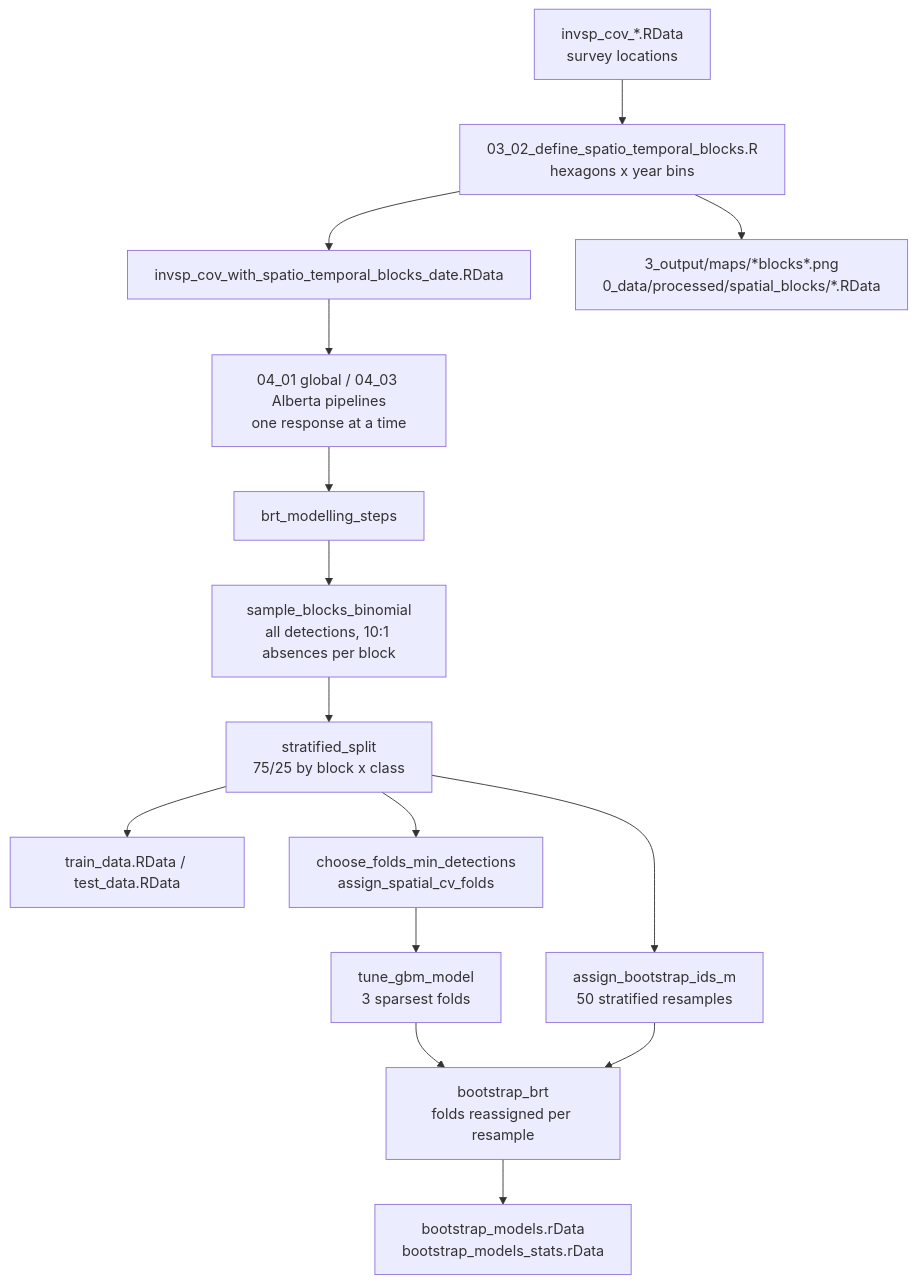
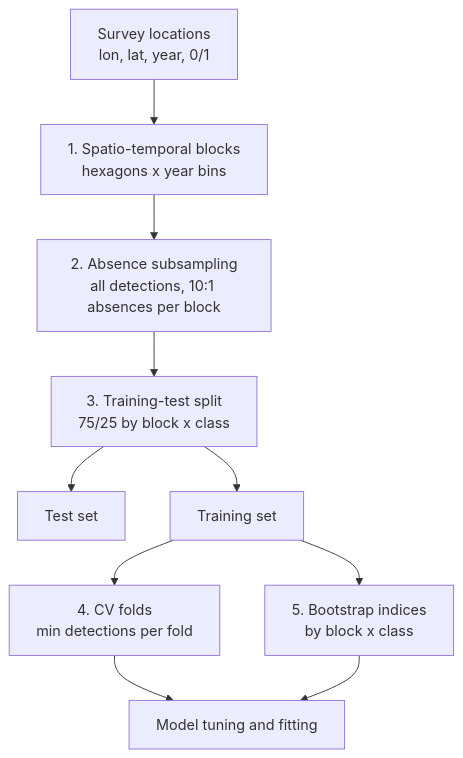
One commit to bgcasey/method_guides changed the diagram in vignettes/spatio_temporal_blocking/spatio_temporal_blocking.md. Above: the diagram before and after it, drawn with Mermaid. The commit also changed other lines of this file and 6 other files, not shown here.

````diff
--- a/vignettes/spatio_temporal_blocking/spatio_temporal_blocking.md
+++ b/vignettes/spatio_temporal_blocking/spatio_temporal_blocking.md
@@ -33,17 +30,12 @@
 ```mermaid
 flowchart TD
-    A[invsp_cov_*.RData<br/>survey locations] --> B[03_02_define_spatio_temporal_blocks.R<br/>hexagons x year bins]
-    B --> C[invsp_cov_with_spatio_temporal_blocks_date.RData]
-    B --> M[3_output/maps/*blocks*.png<br/>0_data/processed/spatial_blocks/*.RData]
-    C --> D[04_01 global / 04_03 Alberta pipelines<br/>one response at a time]
-    D --> E[brt_modelling_steps]
-    E --> F[sample_blocks_binomial<br/>all detections, 10:1 absences per block]
-    F --> G[stratified_split<br/>75/25 by block x class]
-    G --> H[train_data.RData / test_data.RData]
-    G --> I[choose_folds_min_detections<br/>assign_spatial_cv_folds]
-    I --> J[tune_gbm_model<br/>3 sparsest folds]
-    G --> K[assign_bootstrap_ids_m<br/>50 stratified resamples]
-    J --> L[bootstrap_brt<br/>folds reassigned per resample]
-    K --> L
-    L --> N[bootstrap_models.rData<br/>bootstrap_models_stats.rData]
+    A[Survey locations<br/>lon, lat, year, 0/1] --> B[1. Spatio-temporal blocks<br/>hexagons x year bins]
+    B --> C[2. Absence subsampling<br/>all detections, 10:1 absences per block]
+    C --> D[3. Training-test split<br/>75/25 by block x class]
+    D --> E[Test set]
+    D --> F[Training set]
+    F --> G[4. CV folds<br/>min detections per fold]
+    F --> H[5. Bootstrap indices<br/>by block x class]
+    G --> I[Model tuning and fitting]
+    H --> I
 ```
````
